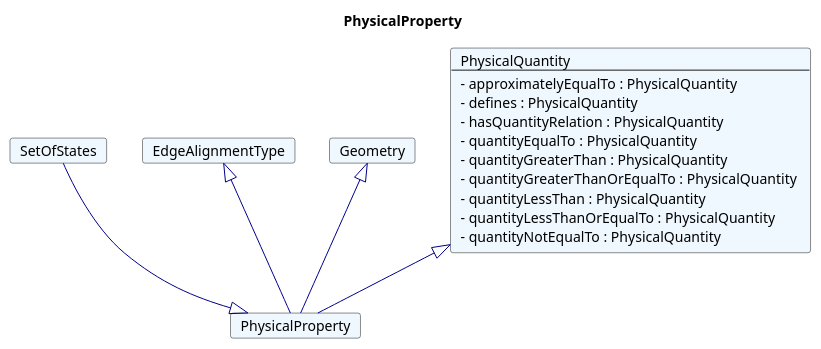
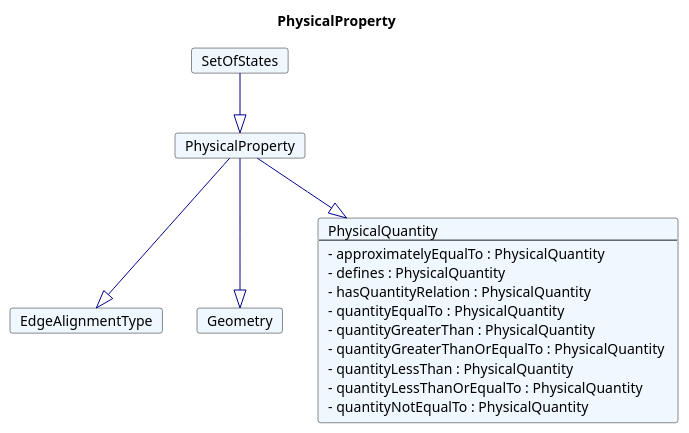
The diagram in fragments/puml/PhysicalProperty.plantuml (rtigran/rdf2adoc), drawn with PlantUML before and after one commit. The commit also changed 111 other files, not shown here.

Commit message:
fix for diagram plantuml, diagram generartion switchded off

```diff
--- a/fragments/puml/PhysicalProperty.plantuml
+++ b/fragments/puml/PhysicalProperty.plantuml
@@ -1,33 +1,33 @@
 @startuml
 Title PhysicalProperty 
 
 Card PhysicalProperty #F0F8FF [
 PhysicalProperty
 ]
 Card SetOfStates #F0F8FF [
 SetOfStates
 ]
 SetOfStates --|> PhysicalProperty  #00008B 
 Card EdgeAlignmentType #F0F8FF [
 EdgeAlignmentType
 ]
-EdgeAlignmentType <|-- PhysicalProperty  #00008B 
+PhysicalProperty --|> EdgeAlignmentType  #00008B 
 Card Geometry #F0F8FF [
 Geometry
 ]
-Geometry <|-- PhysicalProperty  #00008B 
+PhysicalProperty --|> Geometry  #00008B 
 Card PhysicalQuantity #F0F8FF [
 PhysicalQuantity
 ----
 - approximatelyEqualTo : PhysicalQuantity 
 - defines : PhysicalQuantity 
 - hasQuantityRelation : PhysicalQuantity 
 - quantityEqualTo : PhysicalQuantity 
 - quantityGreaterThan : PhysicalQuantity 
 - quantityGreaterThanOrEqualTo : PhysicalQuantity 
 - quantityLessThan : PhysicalQuantity 
 - quantityLessThanOrEqualTo : PhysicalQuantity 
 - quantityNotEqualTo : PhysicalQuantity 
 ]
-PhysicalQuantity <|-- PhysicalProperty  #00008B 
+PhysicalProperty --|> PhysicalQuantity  #00008B 
 @enduml
```
